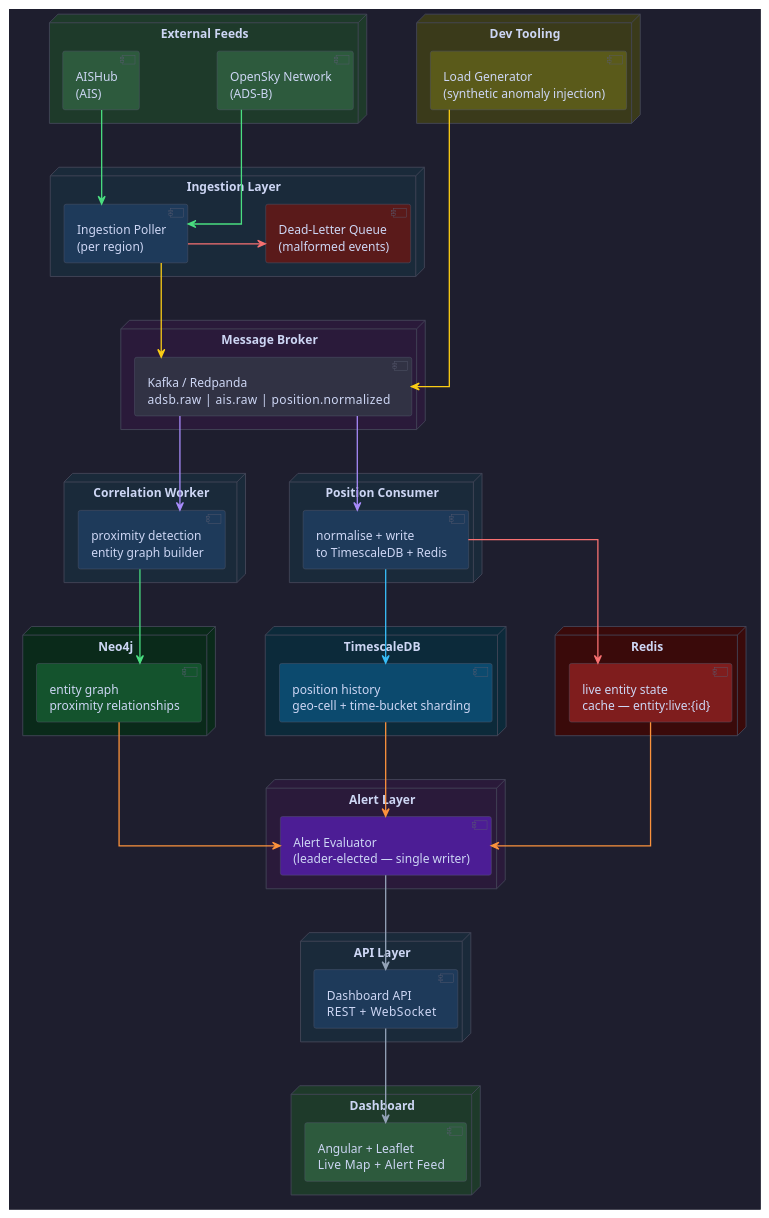
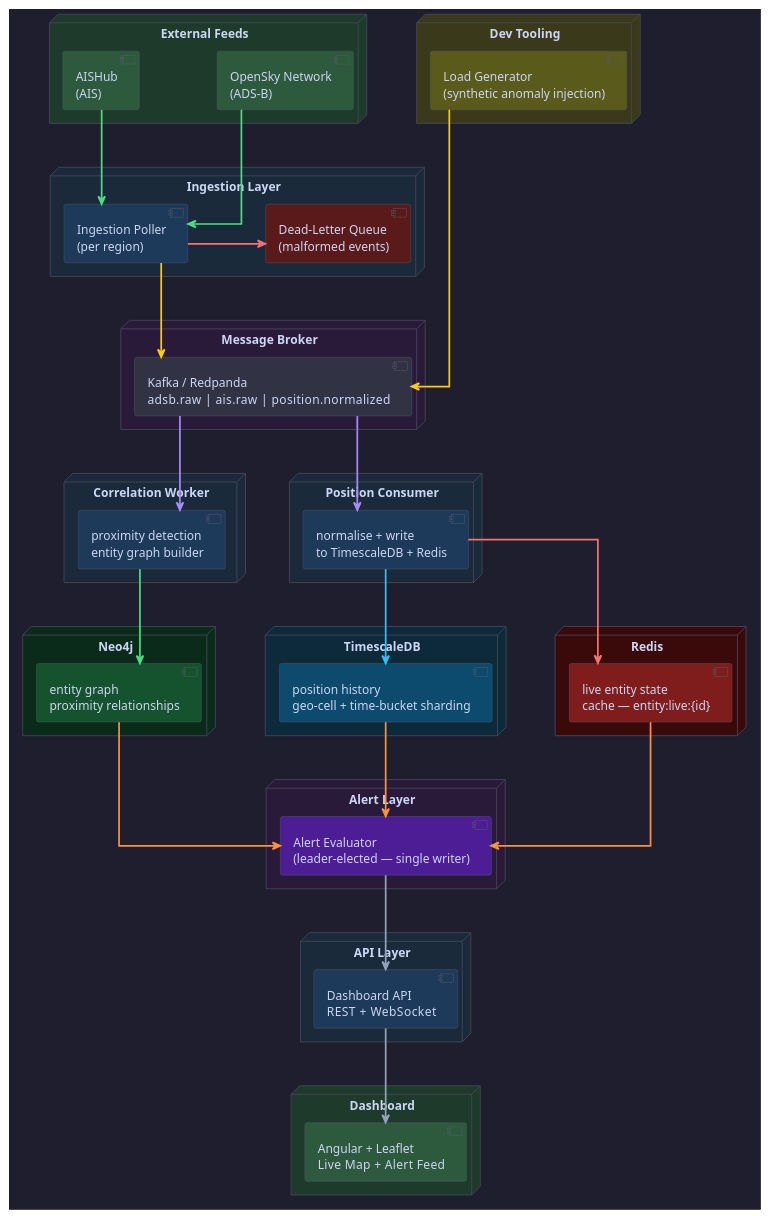
Before and after one commit to Buffden/sentinel: the diagram in docs/architecture.puml, drawn with PlantUML.

Commit message:
trigger workflow for puml

```diff
--- a/docs/architecture.puml
+++ b/docs/architecture.puml
@@ -1,130 +1,130 @@
 @startuml Sentinel Architecture
 
 skinparam linetype ortho
 skinparam nodesep 90
 skinparam ranksep 110
 
 skinparam backgroundColor #1e1e2e
 skinparam defaultFontColor #cdd6f4
 skinparam defaultFontName "Helvetica"
-skinparam arrowThickness 1.5
+skinparam arrowThickness 2
 
 skinparam node {
     BackgroundColor #181825
     BorderColor #45475a
     FontColor #cdd6f4
     FontStyle bold
 }
 
 skinparam component {
     BackgroundColor #313244
     BorderColor #585b70
     FontColor #cdd6f4
 }
 
 skinparam database {
     BackgroundColor #313244
     BorderColor #585b70
     FontColor #cdd6f4
 }
 
 skinparam queue {
     BackgroundColor #4c1d95
     BorderColor #7c3aed
     FontColor #e9d5ff
 }
 
 ' ─── Row 1: External Feeds ───────────────────────────────────
 together {
     node "External Feeds" #1e3a2a {
         component [OpenSky Network\n(ADS-B)] as ADSB #2d5a3d
         component [AISHub\n(AIS)] as AIS #2d5a3d
     }
 
     node "Dev Tooling" #3a3a1a {
         component [Load Generator\n(synthetic anomaly injection)] as LOADGEN #5a5a1a
     }
 }
 
 ' ─── Row 2: Ingestion ────────────────────────────────────────
 node "Ingestion Layer" #1a2a3a {
     component [Ingestion Poller\n(per region)] as POLLER #1e3a5a
     component [Dead-Letter Queue\n(malformed events)] as DLQ #5a1a1a
 }
 
 ' ─── Row 3: Message Broker ───────────────────────────────────
 node "Message Broker" #2a1a3a {
     queue [Kafka / Redpanda\nadsb.raw  |  ais.raw  |  position.normalized] as KAFKA
 }
 
 ' ─── Row 4: Processing ───────────────────────────────────────
 together {
     node "Position Consumer" #1a2a3a {
         component [normalise + write\nto TimescaleDB + Redis] as POS_CONSUMER #1e3a5a
     }
 
     node "Correlation Worker" #1a2a3a {
         component [proximity detection\nentity graph builder] as CORR_WORKER #1e3a5a
     }
 }
 
 ' ─── Row 5: Persistence ──────────────────────────────────────
 together {
     node "TimescaleDB" #0c2a3a {
         database [position history\ngeo-cell + time-bucket sharding] as TSDB #0c4a6e
     }
 
     node "Neo4j" #0a2a1a {
         database [entity graph\nproximity relationships] as NEO4J #14532d
     }
 
     node "Redis" #3a0a0a {
         database [live entity state\ncache — entity:live:{id}] as REDIS #7f1d1d
     }
 }
 
 ' ─── Row 6: Alert ────────────────────────────────────────────
 node "Alert Layer" #2a1a3a {
     component [Alert Evaluator\n(leader-elected — single writer)] as ALERT #4c1d95
 }
 
 ' ─── Row 7: API ──────────────────────────────────────────────
 node "API Layer" #1a2a3a {
     component [Dashboard API\nREST  +  WebSocket] as API #1e3a5a
 }
 
 ' ─── Row 8: Dashboard ────────────────────────────────────────
 node "Dashboard" #1e3a2a {
     component [Angular + Leaflet\nLive Map  +  Alert Feed] as DASH #2d5a3d
 }
 
 ' ─── Connections ─────────────────────────────────────────────
 
 ' feed → ingestion (green)
 ADSB        -[#4ade80]down->  POLLER
 AIS         -[#4ade80]down->  POLLER
 LOADGEN     -[#facc15]down->  KAFKA
 
 ' ingestion → broker / dlq
 POLLER      -[#facc15]down->  KAFKA
 POLLER      -[#f87171]right-> DLQ
 
 ' broker → processing (purple)
 KAFKA       -[#a78bfa]down->  POS_CONSUMER
 KAFKA       -[#a78bfa]down->  CORR_WORKER
 
 ' processing → persistence
 POS_CONSUMER -[#38bdf8]down-> TSDB
 POS_CONSUMER -[#f87171]down-> REDIS
 CORR_WORKER  -[#4ade80]down-> NEO4J
 
 ' persistence → alert (orange)
 TSDB        -[#fb923c]down->  ALERT
 NEO4J       -[#fb923c]down->  ALERT
 REDIS       -[#fb923c]down->  ALERT
 
 ' alert → api → dashboard (slate)
 ALERT       -[#94a3b8]down->  API
 API         -[#94a3b8]down->  DASH
 
 @enduml
```
